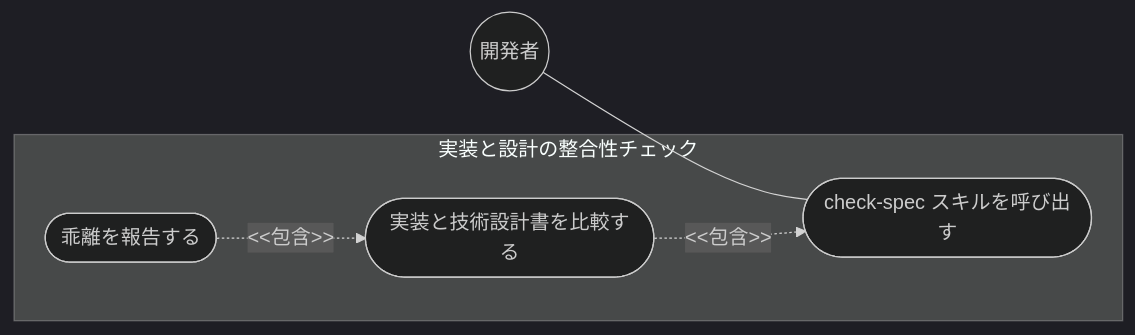
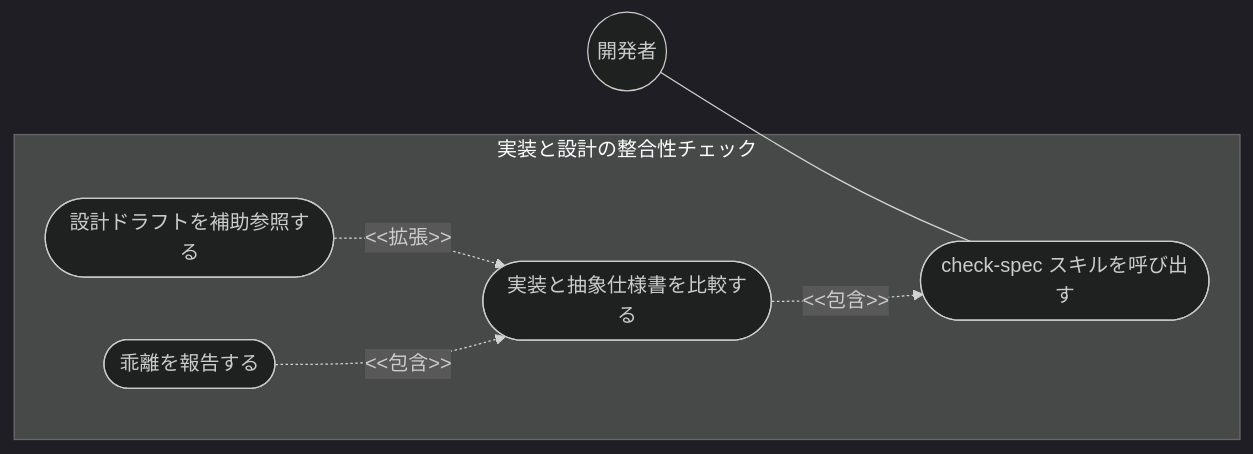
Before and after one commit to ToshikiImagawa/ai-sdd-workflow-dev: the first of 2 diagrams in .sdd/requirement/quality-guardrails/impl-spec-check.md, drawn with Mermaid. The commit also changed other lines of this file and 35 other files, not shown here.

First line of the commit message:
[update] check-spec と編集後リマインダを spec 起点に反転 (#100)

````diff
--- a/.sdd/requirement/quality-guardrails/impl-spec-check.md
+++ b/.sdd/requirement/quality-guardrails/impl-spec-check.md
@@ -39,15 +46,17 @@
 ```mermaid
 %%{init: {'theme': 'dark'}}%%
 flowchart LR
     Developer((開発者))
 
     subgraph ImplSpecCheck["実装と設計の整合性チェック"]
         InvokeCheckSpec([check-spec スキルを呼び出す])
-        CompareImplDesign([実装と技術設計書を比較する])
+        CompareImplSpec([実装と抽象仕様書を比較する])
+        ReferDraft([設計ドラフトを補助参照する])
         ReportGap([乖離を報告する])
     end
 
     Developer --- InvokeCheckSpec
-    CompareImplDesign -.->|"<<包含>>"| InvokeCheckSpec
-    ReportGap -.->|"<<包含>>"| CompareImplDesign
+    CompareImplSpec -.->|"<<包含>>"| InvokeCheckSpec
+    ReferDraft -.->|"<<拡張>>"| CompareImplSpec
+    ReportGap -.->|"<<包含>>"| CompareImplSpec
 ```
````
